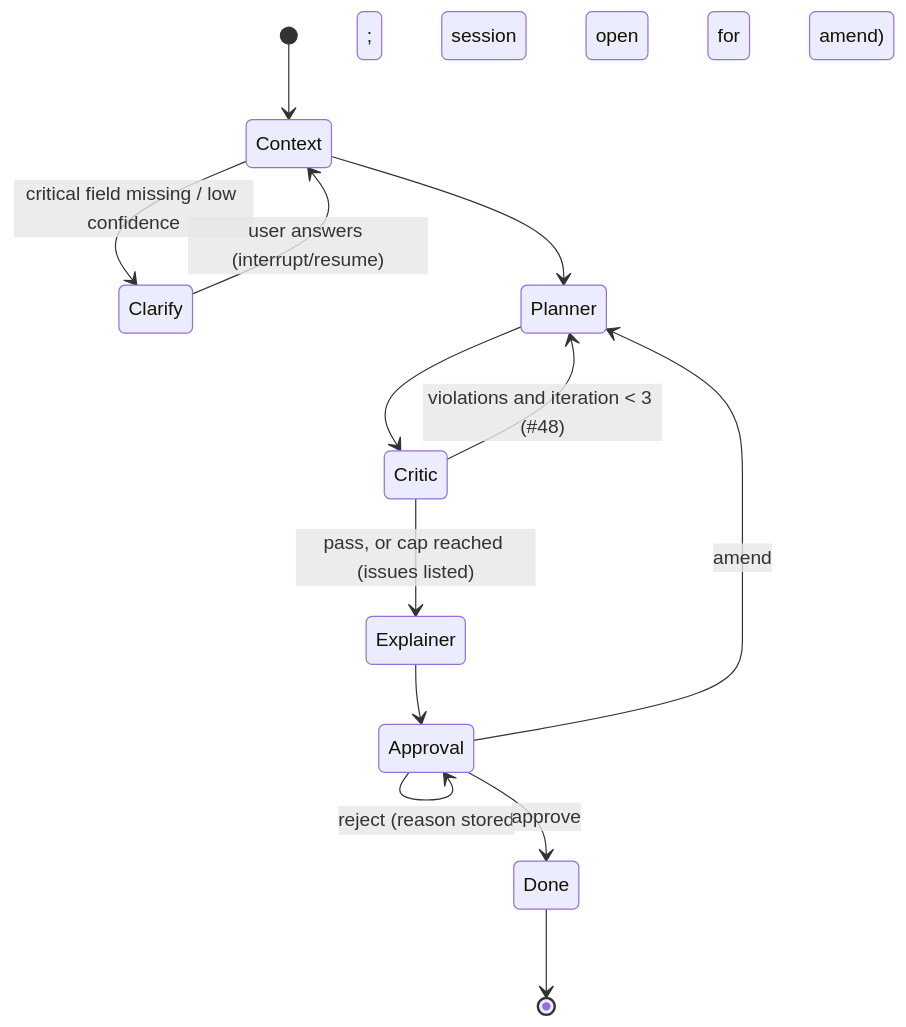
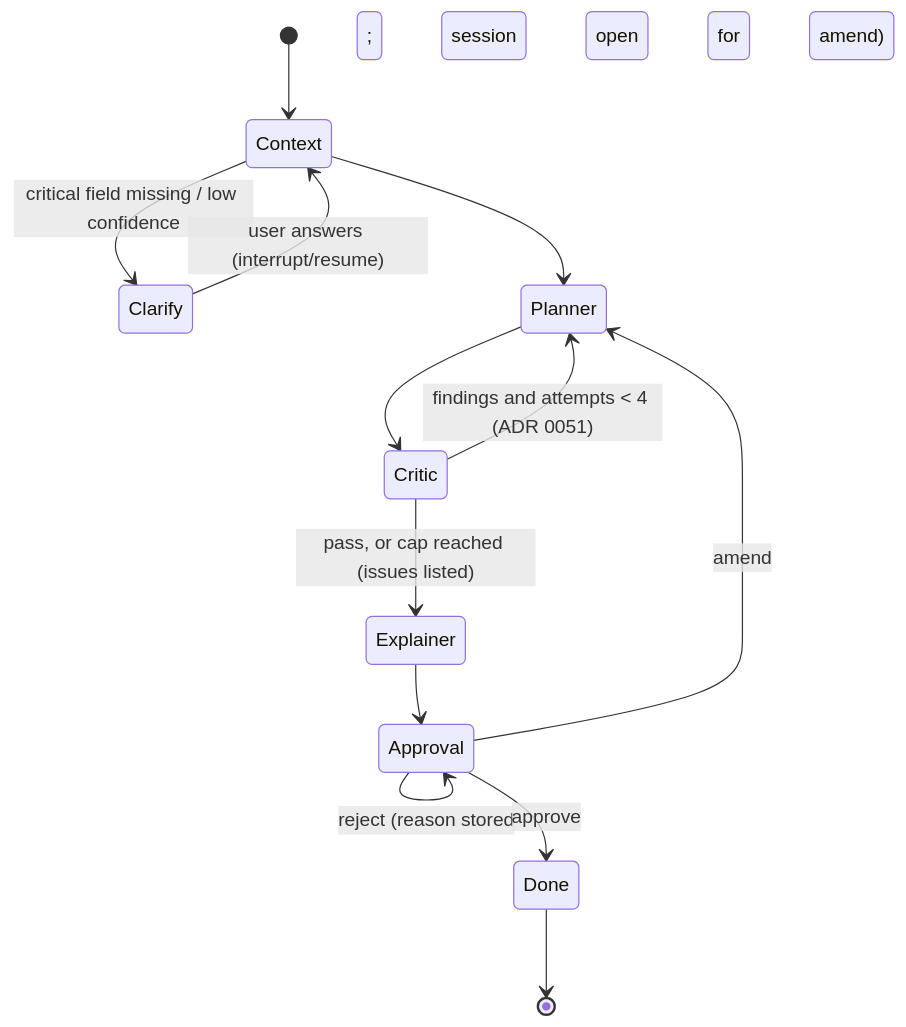
The second of 2 diagrams in SPEC.md (asalwania/promopilot), drawn with Mermaid before and after one commit. The commit also changed other lines of this file and 35 other files, not shown here.

````diff
--- a/SPEC.md
+++ b/SPEC.md
@@ -544,15 +544,15 @@
 ```mermaid
 stateDiagram-v2
   [*] --> Context
   Context --> Clarify: critical field missing / low confidence
   Clarify --> Context: user answers (interrupt/resume)
   Context --> Planner
   Planner --> Critic
-  Critic --> Planner: violations and iteration < 3 (#48)
+  Critic --> Planner: findings and attempts < 4 (ADR 0051)
   Critic --> Explainer: pass, or cap reached (issues listed)
   Explainer --> Approval
   Approval --> Planner: amend
   Approval --> Approval: reject (reason stored; session open for amend)
   Approval --> Done: approve
   Done --> [*]
 ```
````
